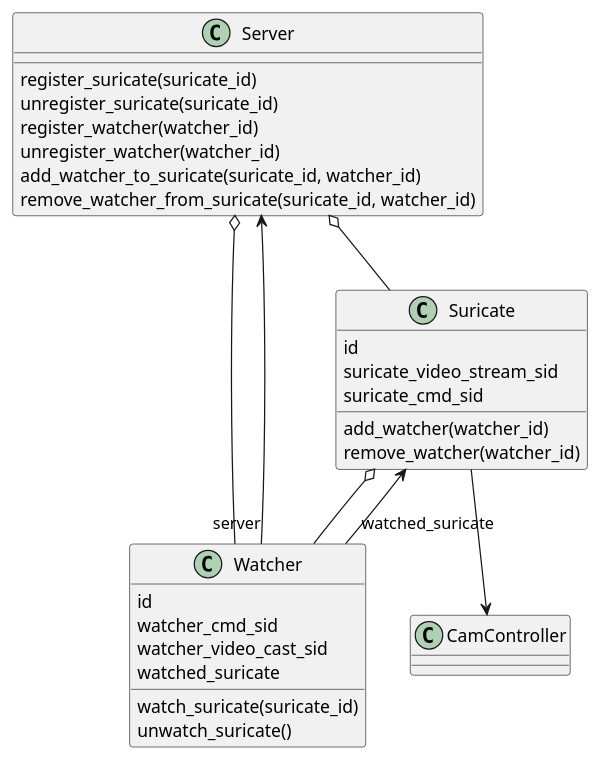
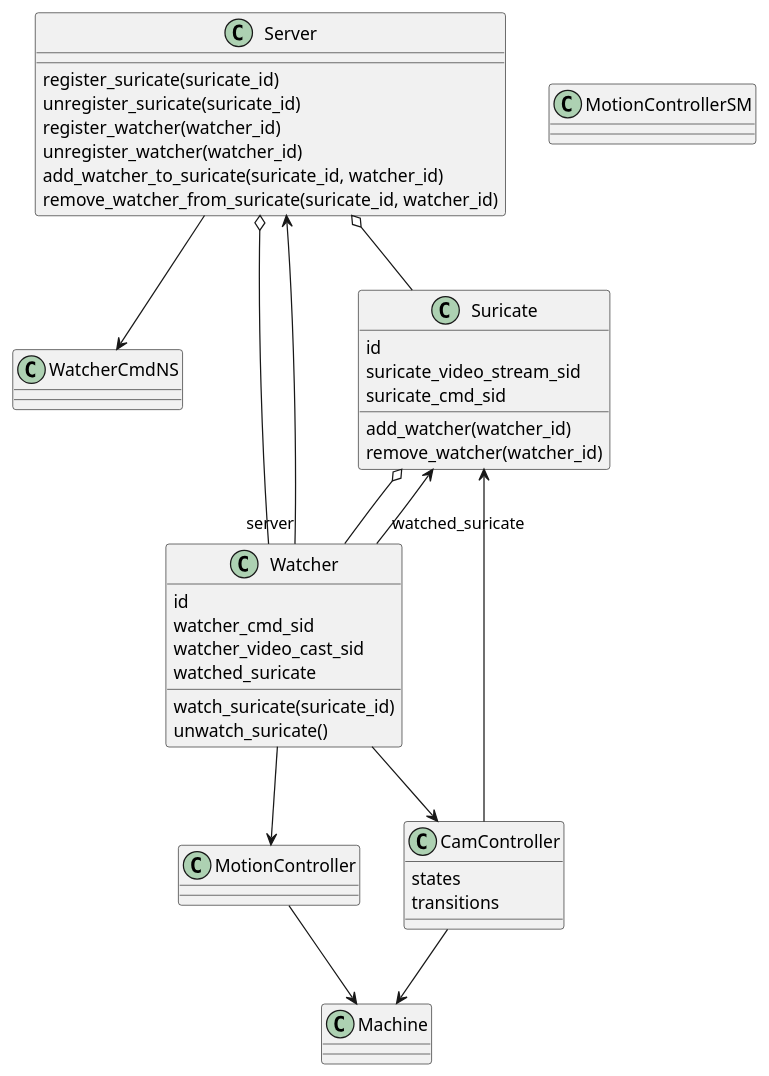
One commit to dkleinbe/suricatewatcher_server changed the diagram in doc/class.puml. Above: the diagram before and after it, drawn with PlantUML. The commit also changed 15 other files, not shown here.

```diff
--- a/doc/class.puml
+++ b/doc/class.puml
@@ -1,43 +1,77 @@
 @startuml classdiag
 
 class Server {
 
   register_suricate(suricate_id)
   unregister_suricate(suricate_id)
   register_watcher(watcher_id)
   unregister_watcher(watcher_id)
   add_watcher_to_suricate(suricate_id, watcher_id)
   remove_watcher_from_suricate(suricate_id, watcher_id)
+}
+
+class WatcherCmdNS {
+
 }
 
 class Suricate {
 
   id
   suricate_video_stream_sid
   suricate_cmd_sid
   
   add_watcher(watcher_id)
   remove_watcher(watcher_id)
 
 }
 
 class Watcher {
 
   id
   watcher_cmd_sid
   watcher_video_cast_sid
   watched_suricate
 
   watch_suricate(suricate_id)
   unwatch_suricate()
 
 }
 
+class CamController {
+  states
+  transitions
+}
+
+class MotionController {
+
+}
+
+class Machine {
+
+}
+
+class MotionControllerSM {
+
+}
+
 Server o-- Suricate
 Server o-- Watcher
+Server --> WatcherCmdNS
+
+
 Watcher "watched_suricate" --> Suricate
 Watcher "server" --> Server
+Watcher --> CamController
+Watcher --> MotionController
+
 Suricate o-- Watcher
-Suricate --> CamController
+
+
+
+
+CamController --> Machine
+CamController --> Suricate
+
+MotionController --> Machine
 
 @enduml
```
